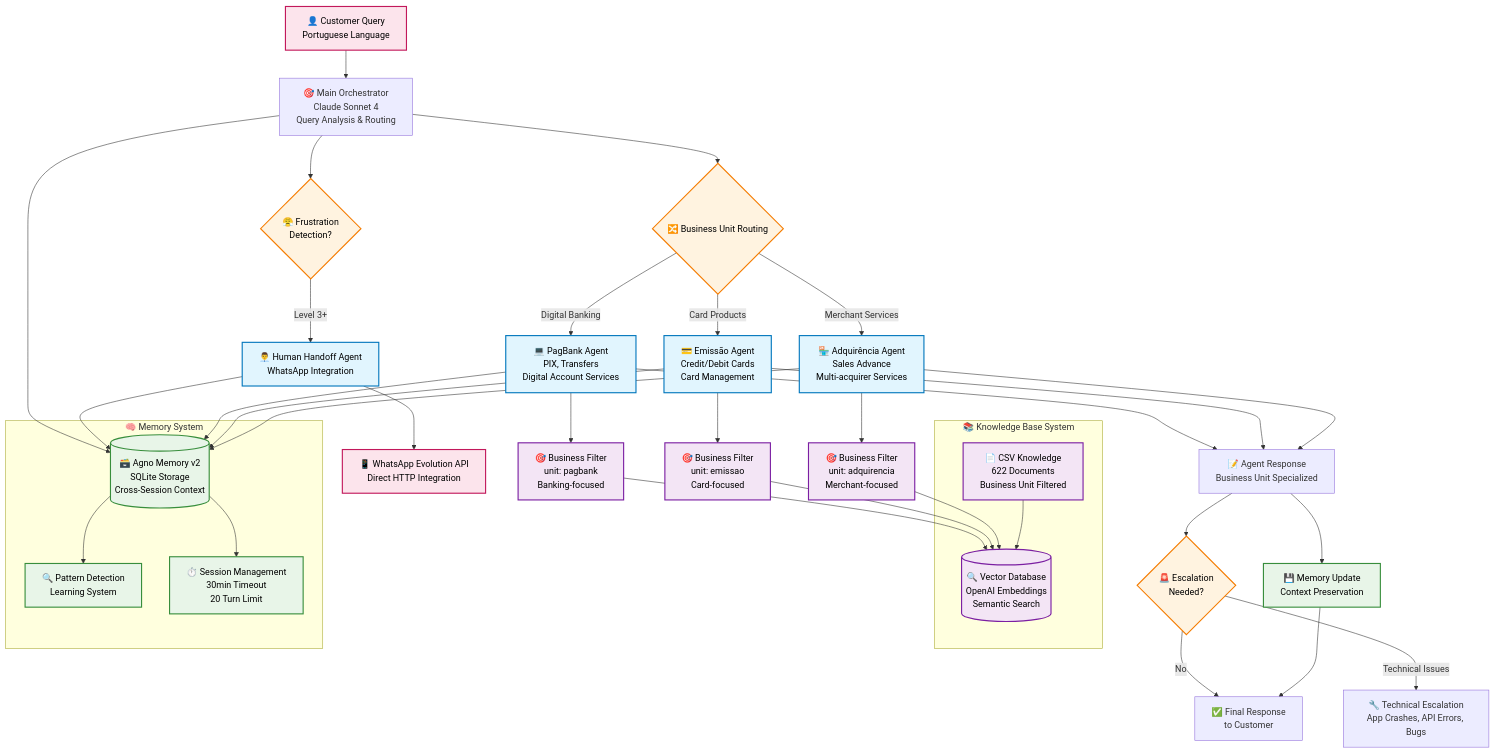
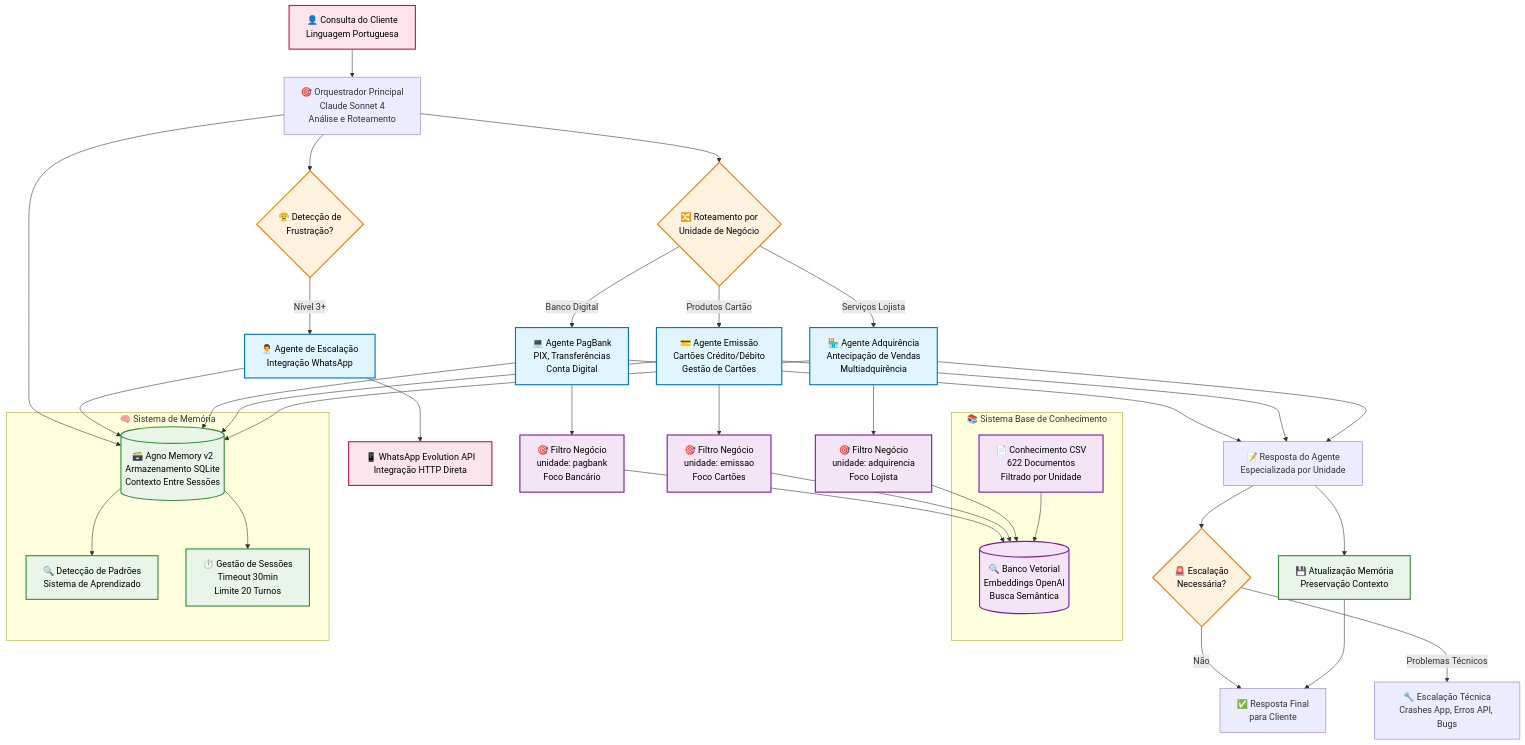
Before and after one commit to namastexlabs/automagik-hive: the diagram in README.md, drawn with Mermaid.

````diff
--- a/README.md
+++ b/README.md
@@ -9,81 +9,81 @@
 ```mermaid
 graph TB
-    %% Customer Entry Point
-    Customer[👤 Customer Query<br/>Portuguese Language] --> Orchestrator
+    %% Ponto de Entrada do Cliente
+    Customer[👤 Consulta do Cliente<br/>Linguagem Portuguesa] --> Orchestrator
 
-    %% Main Orchestrator
-    Orchestrator[🎯 Main Orchestrator<br/>Claude Sonnet 4<br/>Query Analysis & Routing]
+    %% Orquestrador Principal
+    Orchestrator[🎯 Orquestrador Principal<br/>Claude Sonnet 4<br/>Análise e Roteamento]
     
-    %% Routing Decision
-    Orchestrator --> Routing{🔀 Business Unit Routing}
+    %% Decisão de Roteamento
+    Orchestrator --> Routing{🔀 Roteamento por<br/>Unidade de Negócio}
     
-    %% Human Handoff Detection
-    Orchestrator --> HumanCheck{😤 Frustration<br/>Detection?}
-    HumanCheck -->|Level 3+| HumanAgent[👨‍💼 Human Handoff Agent<br/>WhatsApp Integration]
-    HumanAgent --> WhatsApp[📱 WhatsApp Evolution API<br/>Direct HTTP Integration]
+    %% Detecção de Escalação Humana
+    Orchestrator --> HumanCheck{😤 Detecção de<br/>Frustração?}
+    HumanCheck -->|Nível 3+| HumanAgent[👨‍💼 Agente de Escalação<br/>Integração WhatsApp]
+    HumanAgent --> WhatsApp[📱 WhatsApp Evolution API<br/>Integração HTTP Direta]
     
-    %% Business Unit Agents
-    Routing -->|Merchant Services| AdquirenciaAgent[🏪 Adquirência Agent<br/>Sales Advance<br/>Multi-acquirer Services]
-    Routing -->|Card Products| EmissaoAgent[💳 Emissão Agent<br/>Credit/Debit Cards<br/>Card Management]
-    Routing -->|Digital Banking| PagBankAgent[💻 PagBank Agent<br/>PIX, Transfers<br/>Digital Account Services]
+    %% Agentes por Unidade de Negócio
+    Routing -->|Serviços Lojista| AdquirenciaAgent[🏪 Agente Adquirência<br/>Antecipação de Vendas<br/>Multiadquirência]
+    Routing -->|Produtos Cartão| EmissaoAgent[💳 Agente Emissão<br/>Cartões Crédito/Débito<br/>Gestão de Cartões]
+    Routing -->|Banco Digital| PagBankAgent[💻 Agente PagBank<br/>PIX, Transferências<br/>Conta Digital]
     
-    %% Knowledge Base System
-    subgraph Knowledge["📚 Knowledge Base System"]
-        CSV[📄 CSV Knowledge<br/>622 Documents<br/>Business Unit Filtered]
-        Vector[(🔍 Vector Database<br/>OpenAI Embeddings<br/>Semantic Search)]
+    %% Sistema Base de Conhecimento
+    subgraph Knowledge["📚 Sistema Base de Conhecimento"]
+        CSV[📄 Conhecimento CSV<br/>622 Documentos<br/>Filtrado por Unidade]
+        Vector[(🔍 Banco Vetorial<br/>Embeddings OpenAI<br/>Busca Semântica)]
         CSV --> Vector
     end
     
-    %% Business Unit Filtering
-    AdquirenciaAgent --> Filter1[🎯 Business Filter<br/>unit: adquirencia<br/>Merchant-focused]
-    EmissaoAgent --> Filter2[🎯 Business Filter<br/>unit: emissao<br/>Card-focused]
-    PagBankAgent --> Filter3[🎯 Business Filter<br/>unit: pagbank<br/>Banking-focused]
+    %% Filtragem por Unidade
+    AdquirenciaAgent --> Filter1[🎯 Filtro Negócio<br/>unidade: adquirencia<br/>Foco Lojista]
+    EmissaoAgent --> Filter2[🎯 Filtro Negócio<br/>unidade: emissao<br/>Foco Cartões]
+    PagBankAgent --> Filter3[🎯 Filtro Negócio<br/>unidade: pagbank<br/>Foco Bancário]
     
-    %% Knowledge Queries
+    %% Consultas de Conhecimento
     Filter1 --> Vector
     Filter2 --> Vector
     Filter3 --> Vector
     
-    %% Memory System
-    subgraph Memory["🧠 Memory System"]
-        AgnoMemory[(🗃️ Agno Memory v2<br/>SQLite Storage<br/>Cross-Session Context)]
-        PatternDetect[🔍 Pattern Detection<br/>Learning System]
-        SessionMgmt[⏱️ Session Management<br/>30min Timeout<br/>20 Turn Limit]
+    %% Sistema de Memória
+    subgraph Memory["🧠 Sistema de Memória"]
+        AgnoMemory[(🗃️ Agno Memory v2<br/>Armazenamento SQLite<br/>Contexto Entre Sessões)]
+        PatternDetect[🔍 Detecção de Padrões<br/>Sistema de Aprendizado]
+        SessionMgmt[⏱️ Gestão de Sessões<br/>Timeout 30min<br/>Limite 20 Turnos]
     end
     
-    %% Memory Integration
+    %% Integração de Memória
     AdquirenciaAgent --> AgnoMemory
     EmissaoAgent --> AgnoMemory
     PagBankAgent --> AgnoMemory
     HumanAgent --> AgnoMemory
     Orchestrator --> AgnoMemory
     
     AgnoMemory --> PatternDetect
     AgnoMemory --> SessionMgmt
     
-    %% Response Flow
-    AdquirenciaAgent --> Response[📝 Agent Response<br/>Business Unit Specialized]
+    %% Fluxo de Resposta
+    AdquirenciaAgent --> Response[📝 Resposta do Agente<br/>Especializada por Unidade]
     EmissaoAgent --> Response
     PagBankAgent --> Response
     
-    Response --> MemoryUpdate[💾 Memory Update<br/>Context Preservation]
-    MemoryUpdate --> FinalResponse[✅ Final Response<br/>to Customer]
+    Response --> MemoryUpdate[💾 Atualização Memória<br/>Preservação Contexto]
+    MemoryUpdate --> FinalResponse[✅ Resposta Final<br/>para Cliente]
     
-    %% Escalation System
-    Response --> EscalationCheck{🚨 Escalation<br/>Needed?}
-    EscalationCheck -->|Technical Issues| TechnicalEsc[🔧 Technical Escalation<br/>App Crashes, API Errors, Bugs]
-    EscalationCheck -->|No| FinalResponse
+    %% Sistema de Escalação
+    Response --> EscalationCheck{🚨 Escalação<br/>Necessária?}
+    EscalationCheck -->|Problemas Técnicos| TechnicalEsc[🔧 Escalação Técnica<br/>Crashes App, Erros API, Bugs]
+    EscalationCheck -->|Não| FinalResponse
     
     %% Styling
     classDef agent fill:#e1f5fe,stroke:#0277bd,stroke-width:2px,color:#000000
     classDef knowledge fill:#f3e5f5,stroke:#7b1fa2,stroke-width:2px,color:#000000
     classDef memory fill:#e8f5e8,stroke:#388e3c,stroke-width:2px,color:#000000
     classDef decision fill:#fff3e0,stroke:#f57c00,stroke-width:2px,color:#000000
     classDef external fill:#fce4ec,stroke:#c2185b,stroke-width:2px,color:#000000
     
     class AdquirenciaAgent,EmissaoAgent,PagBankAgent,HumanAgent agent
     class CSV,Vector,Filter1,Filter2,Filter3 knowledge
     class AgnoMemory,PatternDetect,SessionMgmt,MemoryUpdate memory
     class Routing,HumanCheck,EscalationCheck decision
     class WhatsApp,Customer external
 ```
````
